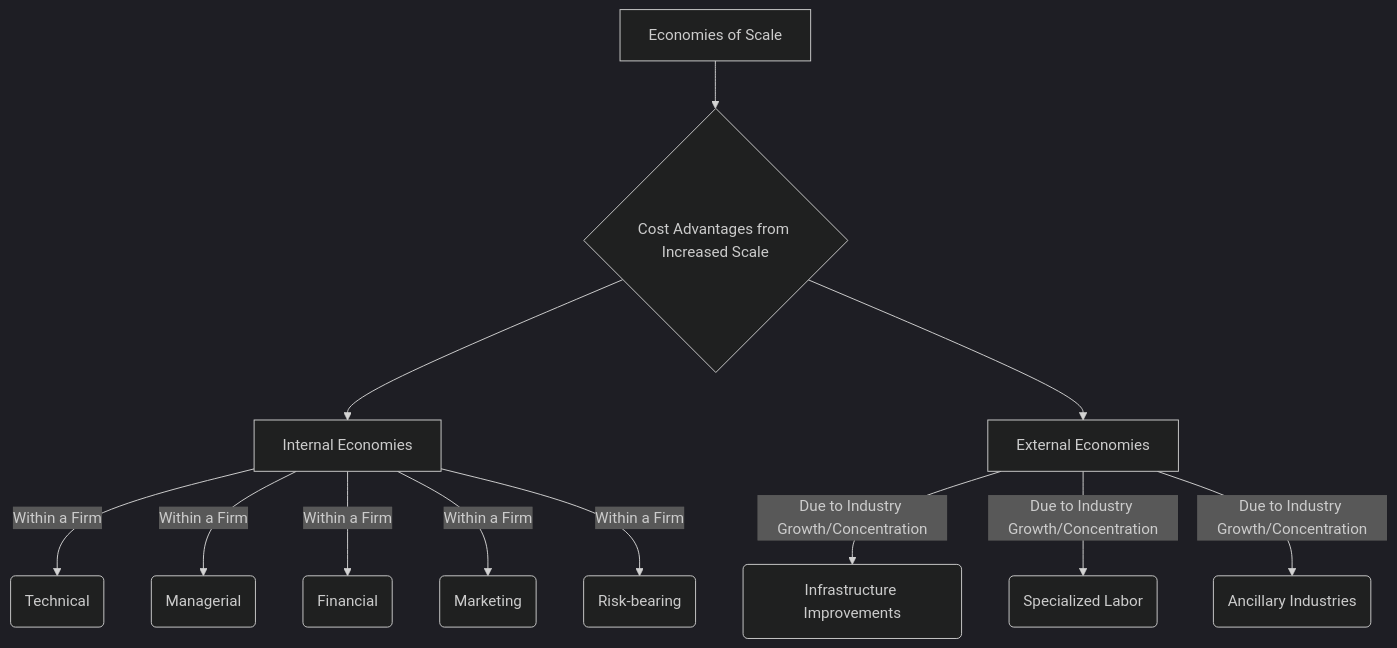
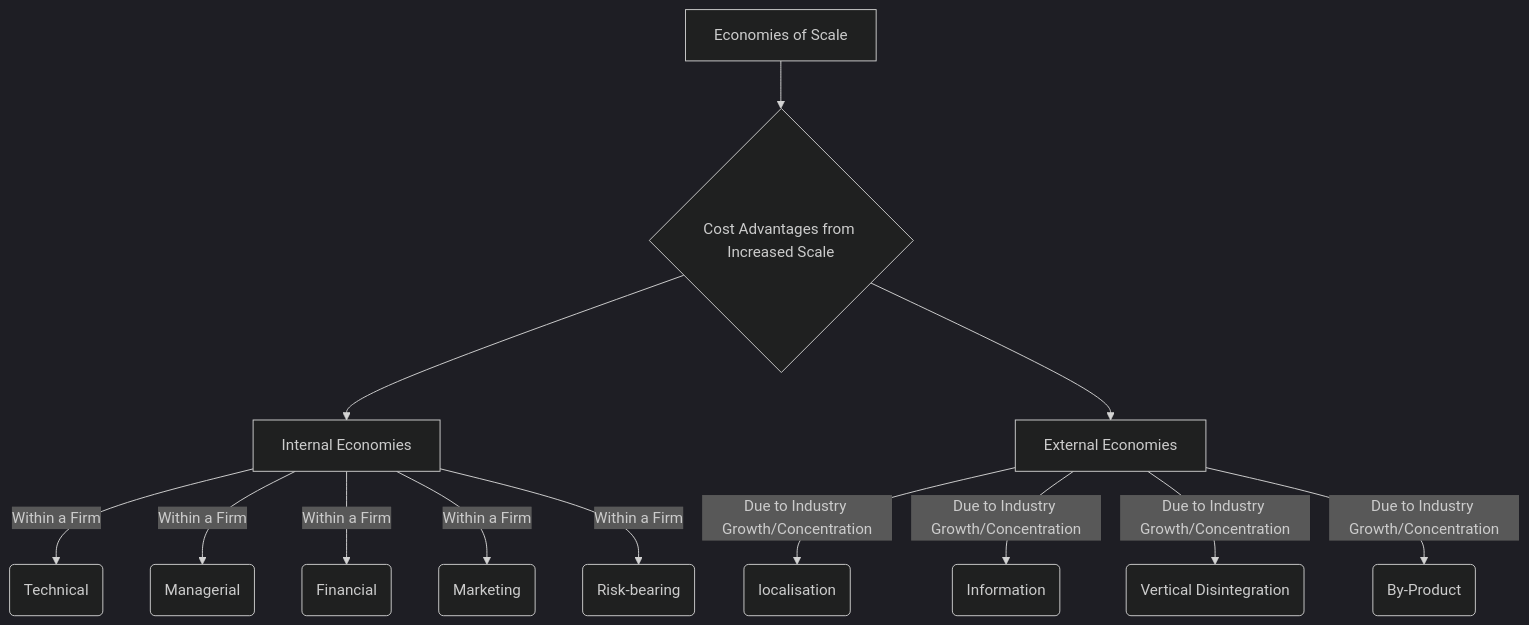
One commit to djmahe4/ktu-mindmaps changed the third of 13 diagrams in s6/IEFT/M2.md. Above: the diagram before and after it, drawn with Mermaid (dark theme).

Commit message:
Revise external economies due to industry growth
Updated external economies section with new factors.

````diff
--- a/s6/IEFT/M2.md
+++ b/s6/IEFT/M2.md
@@ -44,16 +44,17 @@
 ```mermaid
 graph TD
     A[Economies of Scale] --> B{Cost Advantages from Increased Scale};
 
     B --> C[Internal Economies];
     C -- Within a Firm --> C1(Technical);
     C -- Within a Firm --> C2(Managerial);
     C -- Within a Firm --> C3(Financial);
     C -- Within a Firm --> C4(Marketing);
     C -- Within a Firm --> C5(Risk-bearing);
 
     B --> D[External Economies];
-    D -- Due to Industry Growth/Concentration --> D1(Infrastructure Improvements);
-    D -- Due to Industry Growth/Concentration --> D2(Specialized Labor);
-    D -- Due to Industry Growth/Concentration --> D3(Ancillary Industries);
+    D -- Due to Industry Growth/Concentration --> D1(localisation);
+    D -- Due to Industry Growth/Concentration --> D2(Information);
+    D -- Due to Industry Growth/Concentration --> D3(Vertical Disintegration);
+    D -- Due to Industry Growth/Concentration --> D4(By-Product);
 ```
````
